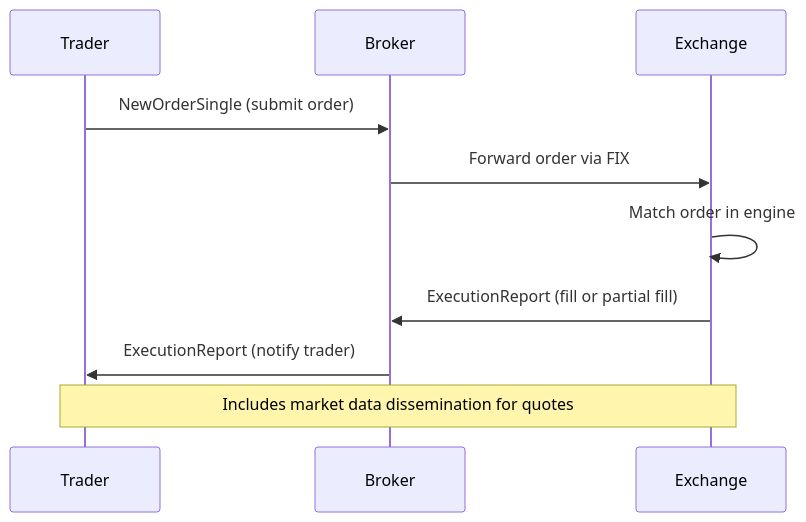
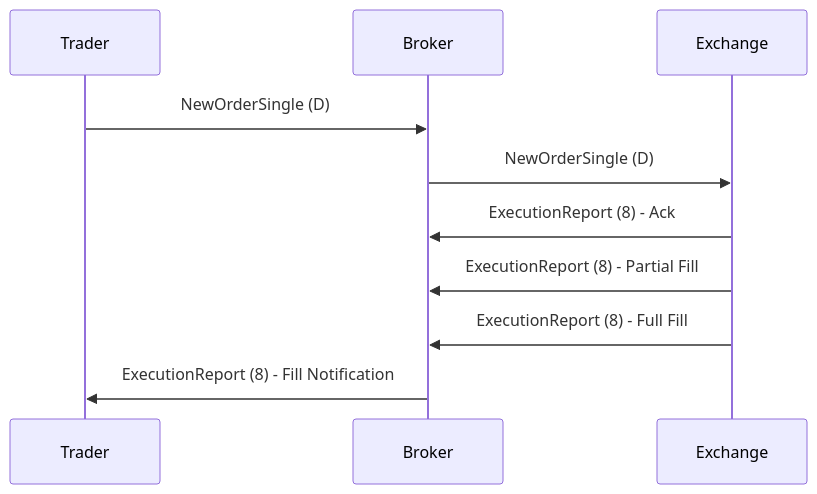
The diagram in fix-protocol/README.md (VrushankPatel/interview-matters), drawn with Mermaid before and after one commit. The commit also changed other lines of this file and 64 other files, not shown here.

Commit message:
kb: process 5 topics (fix-protocol, itch-protocol, ouch-protocol, market-data-overview-and-dissemination, order-entry-protocols) + restructure directories into categories (java, system-design, etc.) + expand order-entry-protocols content + add 10 new candidate topics

````diff
--- a/fix-protocol/README.md
+++ b/fix-protocol/README.md
@@ -69,12 +92,12 @@
 ```mermaid
 sequenceDiagram
     participant Trader
     participant Broker
     participant Exchange
-    Trader->>Broker: NewOrderSingle (submit order)
-    Broker->>Exchange: Forward order via FIX
-    Exchange->>Exchange: Match order in engine
-    Exchange->>Broker: ExecutionReport (fill or partial fill)
-    Broker->>Trader: ExecutionReport (notify trader)
-    Note over Trader,Exchange: Includes market data dissemination for quotes
+    Trader->>Broker: NewOrderSingle (D)
+    Broker->>Exchange: NewOrderSingle (D)
+    Exchange->>Broker: ExecutionReport (8) - Ack
+    Exchange->>Broker: ExecutionReport (8) - Partial Fill
+    Exchange->>Broker: ExecutionReport (8) - Full Fill
+    Broker->>Trader: ExecutionReport (8) - Fill Notification
 ```
````
